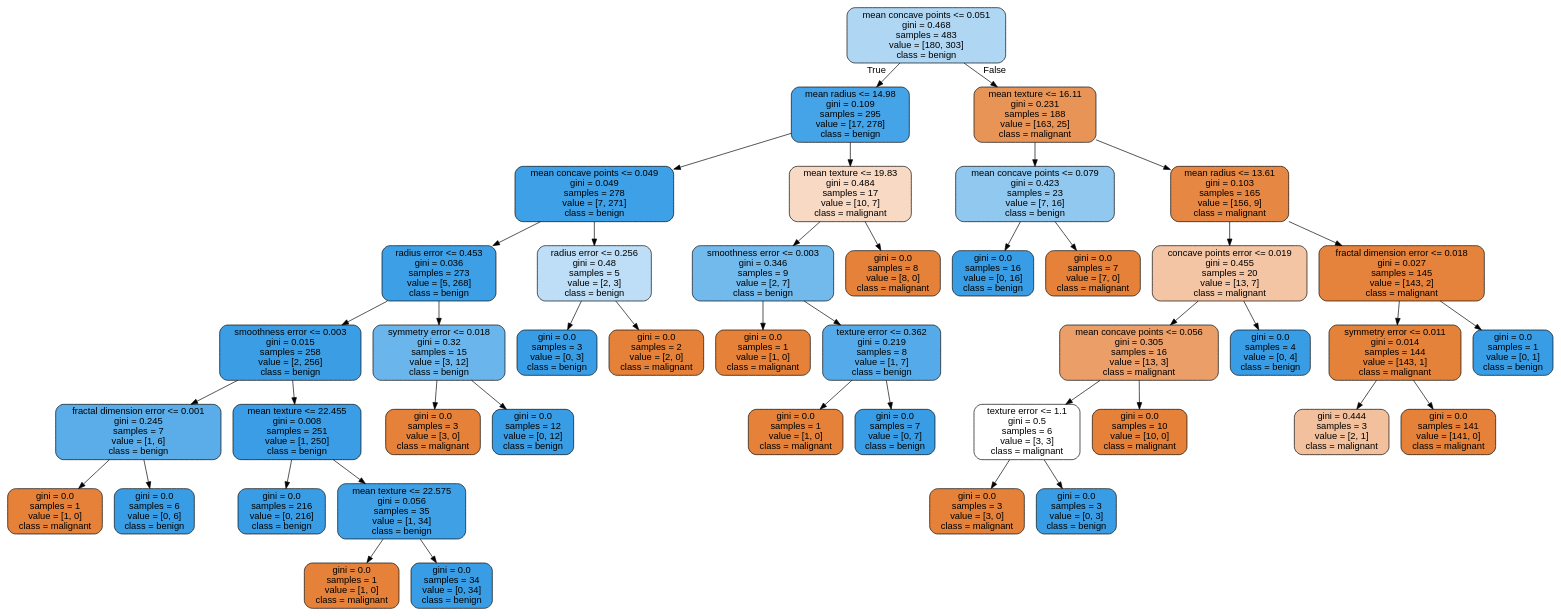
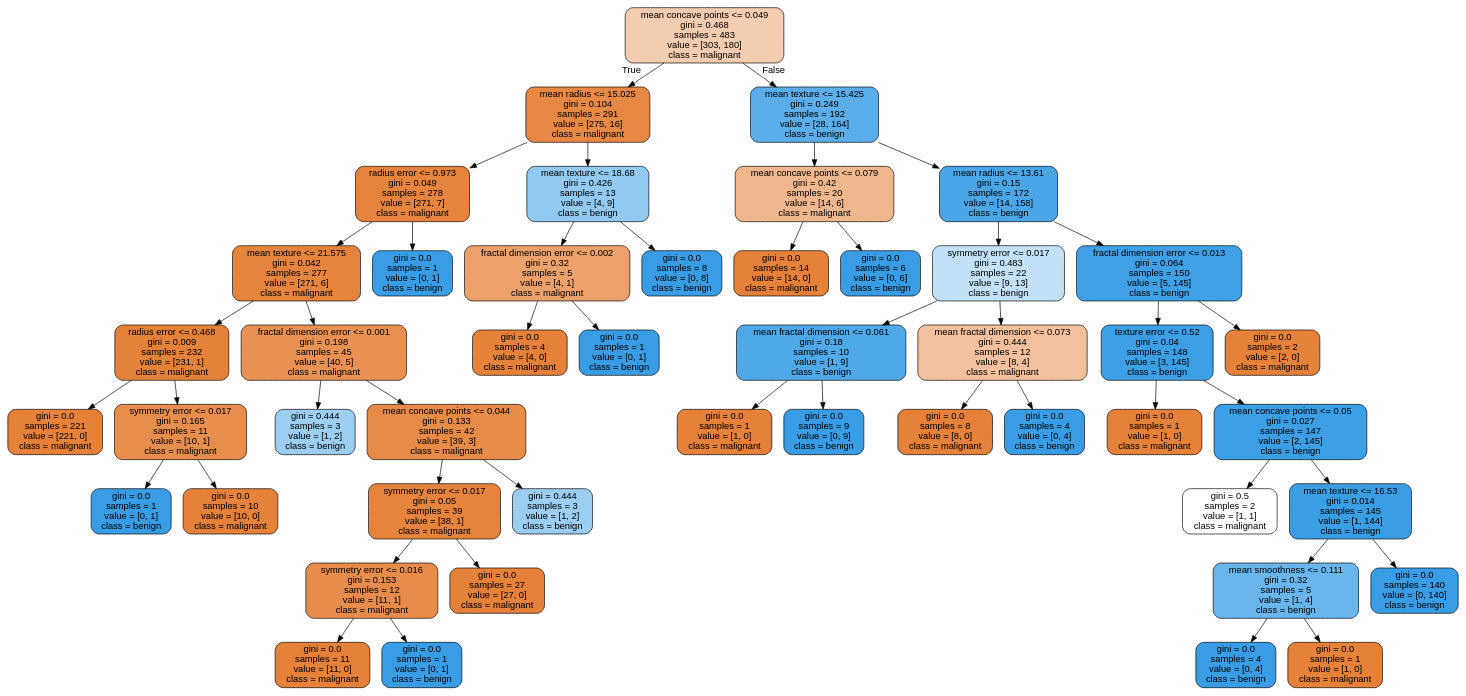
Before and after one commit to iheathers/2023---Semester-1-Feb---Jun-: the diagram in Semester 1 2023/CITS5508 - Machine Learning/Labs/Assignment 2/tree_clf_3.dot, drawn with Graphviz. The commit also changed 22 other files, not shown here.

```diff
--- a/Semester 1 2023/CITS5508 - Machine Learning/Labs/Assignment 2/tree_clf_3.dot
+++ b/Semester 1 2023/CITS5508 - Machine Learning/Labs/Assignment 2/tree_clf_3.dot
@@ -1,89 +1,97 @@
 digraph Tree {
 node [shape=box, style="filled, rounded", color="black", fontname="helvetica"] ;
 edge [fontname="helvetica"] ;
-0 [label="mean concave points <= 0.051\ngini = 0.468\nsamples = 483\nvalue = [180, 303]\nclass = benign", fillcolor="#afd7f4"] ;
-1 [label="mean radius <= 14.98\ngini = 0.109\nsamples = 295\nvalue = [17, 278]\nclass = benign", fillcolor="#45a3e7"] ;
+0 [label="mean concave points <= 0.049\ngini = 0.468\nsamples = 483\nvalue = [303, 180]\nclass = malignant", fillcolor="#f4ccaf"] ;
+1 [label="mean radius <= 15.025\ngini = 0.104\nsamples = 291\nvalue = [275, 16]\nclass = malignant", fillcolor="#e78845"] ;
 0 -> 1 [labeldistance=2.5, labelangle=45, headlabel="True"] ;
-2 [label="mean concave points <= 0.049\ngini = 0.049\nsamples = 278\nvalue = [7, 271]\nclass = benign", fillcolor="#3ea0e6"] ;
+2 [label="radius error <= 0.973\ngini = 0.049\nsamples = 278\nvalue = [271, 7]\nclass = malignant", fillcolor="#e6843e"] ;
 1 -> 2 ;
-3 [label="radius error <= 0.453\ngini = 0.036\nsamples = 273\nvalue = [5, 268]\nclass = benign", fillcolor="#3d9fe5"] ;
+3 [label="mean texture <= 21.575\ngini = 0.042\nsamples = 277\nvalue = [271, 6]\nclass = malignant", fillcolor="#e6843d"] ;
 2 -> 3 ;
-4 [label="smoothness error <= 0.003\ngini = 0.015\nsamples = 258\nvalue = [2, 256]\nclass = benign", fillcolor="#3b9ee5"] ;
+4 [label="radius error <= 0.468\ngini = 0.009\nsamples = 232\nvalue = [231, 1]\nclass = malignant", fillcolor="#e5823a"] ;
 3 -> 4 ;
-5 [label="fractal dimension error <= 0.001\ngini = 0.245\nsamples = 7\nvalue = [1, 6]\nclass = benign", fillcolor="#5aade9"] ;
+5 [label="gini = 0.0\nsamples = 221\nvalue = [221, 0]\nclass = malignant", fillcolor="#e58139"] ;
 4 -> 5 ;
-6 [label="gini = 0.0\nsamples = 1\nvalue = [1, 0]\nclass = malignant", fillcolor="#e58139"] ;
-5 -> 6 ;
-7 [label="gini = 0.0\nsamples = 6\nvalue = [0, 6]\nclass = benign", fillcolor="#399de5"] ;
-5 -> 7 ;
-8 [label="mean texture <= 22.455\ngini = 0.008\nsamples = 251\nvalue = [1, 250]\nclass = benign", fillcolor="#3a9de5"] ;
-4 -> 8 ;
-9 [label="gini = 0.0\nsamples = 216\nvalue = [0, 216]\nclass = benign", fillcolor="#399de5"] ;
-8 -> 9 ;
-10 [label="mean texture <= 22.575\ngini = 0.056\nsamples = 35\nvalue = [1, 34]\nclass = benign", fillcolor="#3fa0e6"] ;
-8 -> 10 ;
-11 [label="gini = 0.0\nsamples = 1\nvalue = [1, 0]\nclass = malignant", fillcolor="#e58139"] ;
-10 -> 11 ;
-12 [label="gini = 0.0\nsamples = 34\nvalue = [0, 34]\nclass = benign", fillcolor="#399de5"] ;
-10 -> 12 ;
-13 [label="symmetry error <= 0.018\ngini = 0.32\nsamples = 15\nvalue = [3, 12]\nclass = benign", fillcolor="#6ab6ec"] ;
-3 -> 13 ;
-14 [label="gini = 0.0\nsamples = 3\nvalue = [3, 0]\nclass = malignant", fillcolor="#e58139"] ;
+6 [label="symmetry error <= 0.017\ngini = 0.165\nsamples = 11\nvalue = [10, 1]\nclass = malignant", fillcolor="#e88e4d"] ;
+4 -> 6 ;
+7 [label="gini = 0.0\nsamples = 1\nvalue = [0, 1]\nclass = benign", fillcolor="#399de5"] ;
+6 -> 7 ;
+8 [label="gini = 0.0\nsamples = 10\nvalue = [10, 0]\nclass = malignant", fillcolor="#e58139"] ;
+6 -> 8 ;
+9 [label="fractal dimension error <= 0.001\ngini = 0.198\nsamples = 45\nvalue = [40, 5]\nclass = malignant", fillcolor="#e89152"] ;
+3 -> 9 ;
+10 [label="gini = 0.444\nsamples = 3\nvalue = [1, 2]\nclass = benign", fillcolor="#9ccef2"] ;
+9 -> 10 ;
+11 [label="mean concave points <= 0.044\ngini = 0.133\nsamples = 42\nvalue = [39, 3]\nclass = malignant", fillcolor="#e78b48"] ;
+9 -> 11 ;
+12 [label="symmetry error <= 0.017\ngini = 0.05\nsamples = 39\nvalue = [38, 1]\nclass = malignant", fillcolor="#e6843e"] ;
+11 -> 12 ;
+13 [label="symmetry error <= 0.016\ngini = 0.153\nsamples = 12\nvalue = [11, 1]\nclass = malignant", fillcolor="#e78c4b"] ;
+12 -> 13 ;
+14 [label="gini = 0.0\nsamples = 11\nvalue = [11, 0]\nclass = malignant", fillcolor="#e58139"] ;
 13 -> 14 ;
-15 [label="gini = 0.0\nsamples = 12\nvalue = [0, 12]\nclass = benign", fillcolor="#399de5"] ;
+15 [label="gini = 0.0\nsamples = 1\nvalue = [0, 1]\nclass = benign", fillcolor="#399de5"] ;
 13 -> 15 ;
-16 [label="radius error <= 0.256\ngini = 0.48\nsamples = 5\nvalue = [2, 3]\nclass = benign", fillcolor="#bddef6"] ;
-2 -> 16 ;
-17 [label="gini = 0.0\nsamples = 3\nvalue = [0, 3]\nclass = benign", fillcolor="#399de5"] ;
-16 -> 17 ;
-18 [label="gini = 0.0\nsamples = 2\nvalue = [2, 0]\nclass = malignant", fillcolor="#e58139"] ;
-16 -> 18 ;
-19 [label="mean texture <= 19.83\ngini = 0.484\nsamples = 17\nvalue = [10, 7]\nclass = malignant", fillcolor="#f7d9c4"] ;
+16 [label="gini = 0.0\nsamples = 27\nvalue = [27, 0]\nclass = malignant", fillcolor="#e58139"] ;
+12 -> 16 ;
+17 [label="gini = 0.444\nsamples = 3\nvalue = [1, 2]\nclass = benign", fillcolor="#9ccef2"] ;
+11 -> 17 ;
+18 [label="gini = 0.0\nsamples = 1\nvalue = [0, 1]\nclass = benign", fillcolor="#399de5"] ;
+2 -> 18 ;
+19 [label="mean texture <= 18.68\ngini = 0.426\nsamples = 13\nvalue = [4, 9]\nclass = benign", fillcolor="#91c9f1"] ;
 1 -> 19 ;
-20 [label="smoothness error <= 0.003\ngini = 0.346\nsamples = 9\nvalue = [2, 7]\nclass = benign", fillcolor="#72b9ec"] ;
+20 [label="fractal dimension error <= 0.002\ngini = 0.32\nsamples = 5\nvalue = [4, 1]\nclass = malignant", fillcolor="#eca06a"] ;
 19 -> 20 ;
-21 [label="gini = 0.0\nsamples = 1\nvalue = [1, 0]\nclass = malignant", fillcolor="#e58139"] ;
+21 [label="gini = 0.0\nsamples = 4\nvalue = [4, 0]\nclass = malignant", fillcolor="#e58139"] ;
 20 -> 21 ;
-22 [label="texture error <= 0.362\ngini = 0.219\nsamples = 8\nvalue = [1, 7]\nclass = benign", fillcolor="#55abe9"] ;
+22 [label="gini = 0.0\nsamples = 1\nvalue = [0, 1]\nclass = benign", fillcolor="#399de5"] ;
 20 -> 22 ;
-23 [label="gini = 0.0\nsamples = 1\nvalue = [1, 0]\nclass = malignant", fillcolor="#e58139"] ;
-22 -> 23 ;
-24 [label="gini = 0.0\nsamples = 7\nvalue = [0, 7]\nclass = benign", fillcolor="#399de5"] ;
-22 -> 24 ;
-25 [label="gini = 0.0\nsamples = 8\nvalue = [8, 0]\nclass = malignant", fillcolor="#e58139"] ;
-19 -> 25 ;
-26 [label="mean texture <= 16.11\ngini = 0.231\nsamples = 188\nvalue = [163, 25]\nclass = malignant", fillcolor="#e99457"] ;
-0 -> 26 [labeldistance=2.5, labelangle=-45, headlabel="False"] ;
-27 [label="mean concave points <= 0.079\ngini = 0.423\nsamples = 23\nvalue = [7, 16]\nclass = benign", fillcolor="#90c8f0"] ;
-26 -> 27 ;
-28 [label="gini = 0.0\nsamples = 16\nvalue = [0, 16]\nclass = benign", fillcolor="#399de5"] ;
-27 -> 28 ;
-29 [label="gini = 0.0\nsamples = 7\nvalue = [7, 0]\nclass = malignant", fillcolor="#e58139"] ;
-27 -> 29 ;
-30 [label="mean radius <= 13.61\ngini = 0.103\nsamples = 165\nvalue = [156, 9]\nclass = malignant", fillcolor="#e68844"] ;
-26 -> 30 ;
-31 [label="concave points error <= 0.019\ngini = 0.455\nsamples = 20\nvalue = [13, 7]\nclass = malignant", fillcolor="#f3c5a4"] ;
+23 [label="gini = 0.0\nsamples = 8\nvalue = [0, 8]\nclass = benign", fillcolor="#399de5"] ;
+19 -> 23 ;
+24 [label="mean texture <= 15.425\ngini = 0.249\nsamples = 192\nvalue = [28, 164]\nclass = benign", fillcolor="#5baee9"] ;
+0 -> 24 [labeldistance=2.5, labelangle=-45, headlabel="False"] ;
+25 [label="mean concave points <= 0.079\ngini = 0.42\nsamples = 20\nvalue = [14, 6]\nclass = malignant", fillcolor="#f0b78e"] ;
+24 -> 25 ;
+26 [label="gini = 0.0\nsamples = 14\nvalue = [14, 0]\nclass = malignant", fillcolor="#e58139"] ;
+25 -> 26 ;
+27 [label="gini = 0.0\nsamples = 6\nvalue = [0, 6]\nclass = benign", fillcolor="#399de5"] ;
+25 -> 27 ;
+28 [label="mean radius <= 13.61\ngini = 0.15\nsamples = 172\nvalue = [14, 158]\nclass = benign", fillcolor="#4ba6e7"] ;
+24 -> 28 ;
+29 [label="symmetry error <= 0.017\ngini = 0.483\nsamples = 22\nvalue = [9, 13]\nclass = benign", fillcolor="#c2e1f7"] ;
+28 -> 29 ;
+30 [label="mean fractal dimension <= 0.061\ngini = 0.18\nsamples = 10\nvalue = [1, 9]\nclass = benign", fillcolor="#4fa8e8"] ;
+29 -> 30 ;
+31 [label="gini = 0.0\nsamples = 1\nvalue = [1, 0]\nclass = malignant", fillcolor="#e58139"] ;
 30 -> 31 ;
-32 [label="mean concave points <= 0.056\ngini = 0.305\nsamples = 16\nvalue = [13, 3]\nclass = malignant", fillcolor="#eb9e67"] ;
-31 -> 32 ;
-33 [label="texture error <= 1.1\ngini = 0.5\nsamples = 6\nvalue = [3, 3]\nclass = malignant", fillcolor="#ffffff"] ;
-32 -> 33 ;
-34 [label="gini = 0.0\nsamples = 3\nvalue = [3, 0]\nclass = malignant", fillcolor="#e58139"] ;
+32 [label="gini = 0.0\nsamples = 9\nvalue = [0, 9]\nclass = benign", fillcolor="#399de5"] ;
+30 -> 32 ;
+33 [label="mean fractal dimension <= 0.073\ngini = 0.444\nsamples = 12\nvalue = [8, 4]\nclass = malignant", fillcolor="#f2c09c"] ;
+29 -> 33 ;
+34 [label="gini = 0.0\nsamples = 8\nvalue = [8, 0]\nclass = malignant", fillcolor="#e58139"] ;
 33 -> 34 ;
-35 [label="gini = 0.0\nsamples = 3\nvalue = [0, 3]\nclass = benign", fillcolor="#399de5"] ;
+35 [label="gini = 0.0\nsamples = 4\nvalue = [0, 4]\nclass = benign", fillcolor="#399de5"] ;
 33 -> 35 ;
-36 [label="gini = 0.0\nsamples = 10\nvalue = [10, 0]\nclass = malignant", fillcolor="#e58139"] ;
-32 -> 36 ;
-37 [label="gini = 0.0\nsamples = 4\nvalue = [0, 4]\nclass = benign", fillcolor="#399de5"] ;
-31 -> 37 ;
-38 [label="fractal dimension error <= 0.018\ngini = 0.027\nsamples = 145\nvalue = [143, 2]\nclass = malignant", fillcolor="#e5833c"] ;
-30 -> 38 ;
-39 [label="symmetry error <= 0.011\ngini = 0.014\nsamples = 144\nvalue = [143, 1]\nclass = malignant", fillcolor="#e5823a"] ;
-38 -> 39 ;
-40 [label="gini = 0.444\nsamples = 3\nvalue = [2, 1]\nclass = malignant", fillcolor="#f2c09c"] ;
+36 [label="fractal dimension error <= 0.013\ngini = 0.064\nsamples = 150\nvalue = [5, 145]\nclass = benign", fillcolor="#40a0e6"] ;
+28 -> 36 ;
+37 [label="texture error <= 0.52\ngini = 0.04\nsamples = 148\nvalue = [3, 145]\nclass = benign", fillcolor="#3d9fe6"] ;
+36 -> 37 ;
+38 [label="gini = 0.0\nsamples = 1\nvalue = [1, 0]\nclass = malignant", fillcolor="#e58139"] ;
+37 -> 38 ;
+39 [label="mean concave points <= 0.05\ngini = 0.027\nsamples = 147\nvalue = [2, 145]\nclass = benign", fillcolor="#3c9ee5"] ;
+37 -> 39 ;
+40 [label="gini = 0.5\nsamples = 2\nvalue = [1, 1]\nclass = malignant", fillcolor="#ffffff"] ;
 39 -> 40 ;
-41 [label="gini = 0.0\nsamples = 141\nvalue = [141, 0]\nclass = malignant", fillcolor="#e58139"] ;
+41 [label="mean texture <= 16.53\ngini = 0.014\nsamples = 145\nvalue = [1, 144]\nclass = benign", fillcolor="#3a9ee5"] ;
 39 -> 41 ;
-42 [label="gini = 0.0\nsamples = 1\nvalue = [0, 1]\nclass = benign", fillcolor="#399de5"] ;
-38 -> 42 ;
+42 [label="mean smoothness <= 0.111\ngini = 0.32\nsamples = 5\nvalue = [1, 4]\nclass = benign", fillcolor="#6ab6ec"] ;
+41 -> 42 ;
+43 [label="gini = 0.0\nsamples = 4\nvalue = [0, 4]\nclass = benign", fillcolor="#399de5"] ;
+42 -> 43 ;
+44 [label="gini = 0.0\nsamples = 1\nvalue = [1, 0]\nclass = malignant", fillcolor="#e58139"] ;
+42 -> 44 ;
+45 [label="gini = 0.0\nsamples = 140\nvalue = [0, 140]\nclass = benign", fillcolor="#399de5"] ;
+41 -> 45 ;
+46 [label="gini = 0.0\nsamples = 2\nvalue = [2, 0]\nclass = malignant", fillcolor="#e58139"] ;
+36 -> 46 ;
 }
```
